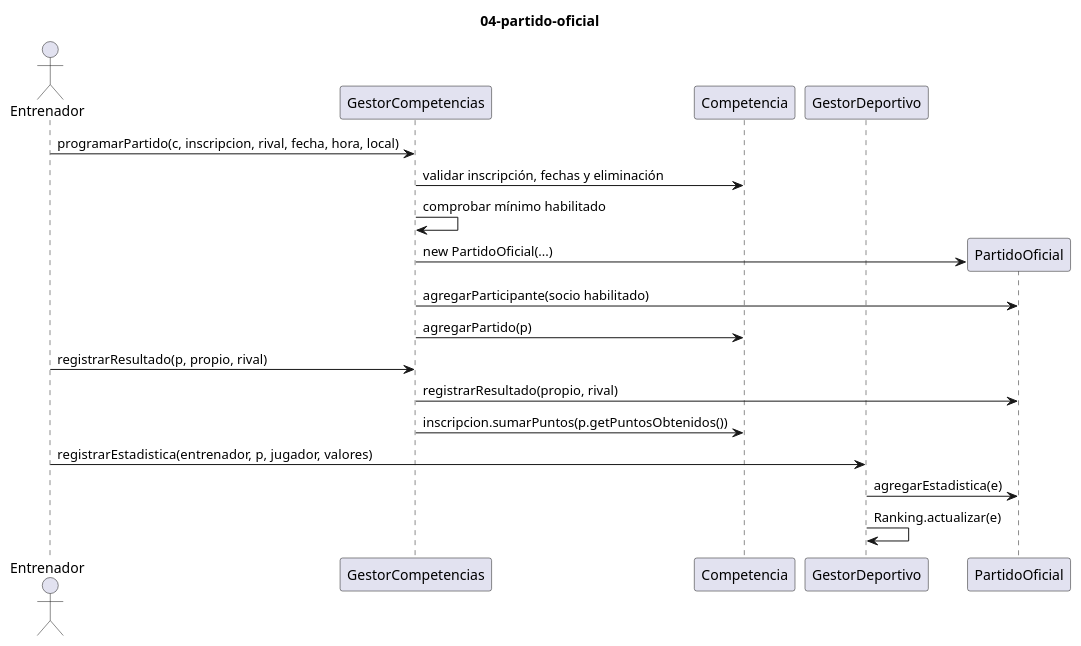
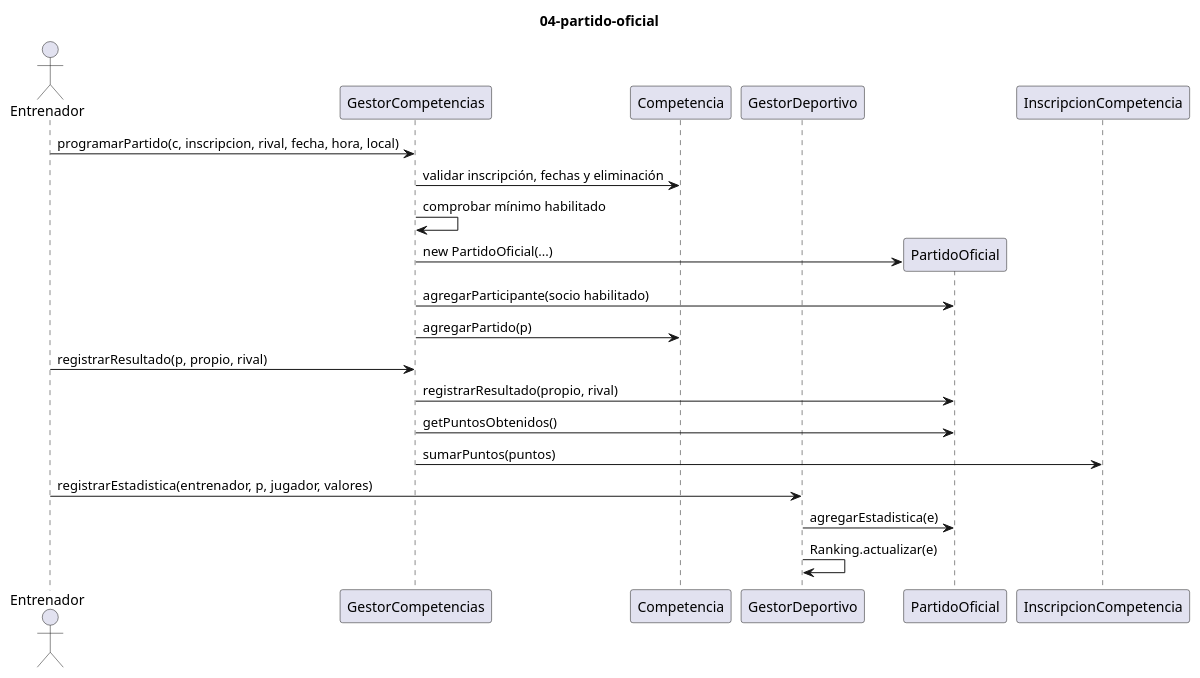
One commit to scasta06/Proyecto-1 changed the diagram in Proyecto 1/Entrega 2/documentacion/diagramas/secuencia-04-partido-oficial.puml. Above: the diagram before and after it, drawn with PlantUML. The commit also changed 105 other files, not shown here.

```diff
--- a/Proyecto 1/Entrega 2/documentacion/diagramas/secuencia-04-partido-oficial.puml
+++ b/Proyecto 1/Entrega 2/documentacion/diagramas/secuencia-04-partido-oficial.puml
@@ -1,21 +1,23 @@
 @startuml
 title 04-partido-oficial
 actor Entrenador
 participant GestorCompetencias as G
 participant Competencia as C
 participant GestorDeportivo as D
 participant PartidoOficial as P
+participant InscripcionCompetencia as I
 Entrenador -> G: programarPartido(c, inscripcion, rival, fecha, hora, local)
 G -> C: validar inscripción, fechas y eliminación
 G -> G: comprobar mínimo habilitado
 create P
 G -> P: new PartidoOficial(...)
 G -> P: agregarParticipante(socio habilitado)
 G -> C: agregarPartido(p)
 Entrenador -> G: registrarResultado(p, propio, rival)
 G -> P: registrarResultado(propio, rival)
-G -> C: inscripcion.sumarPuntos(p.getPuntosObtenidos())
+G -> P: getPuntosObtenidos()
+G -> I: sumarPuntos(puntos)
 Entrenador -> D: registrarEstadistica(entrenador, p, jugador, valores)
 D -> P: agregarEstadistica(e)
 D -> D: Ranking.actualizar(e)
 @enduml
```
